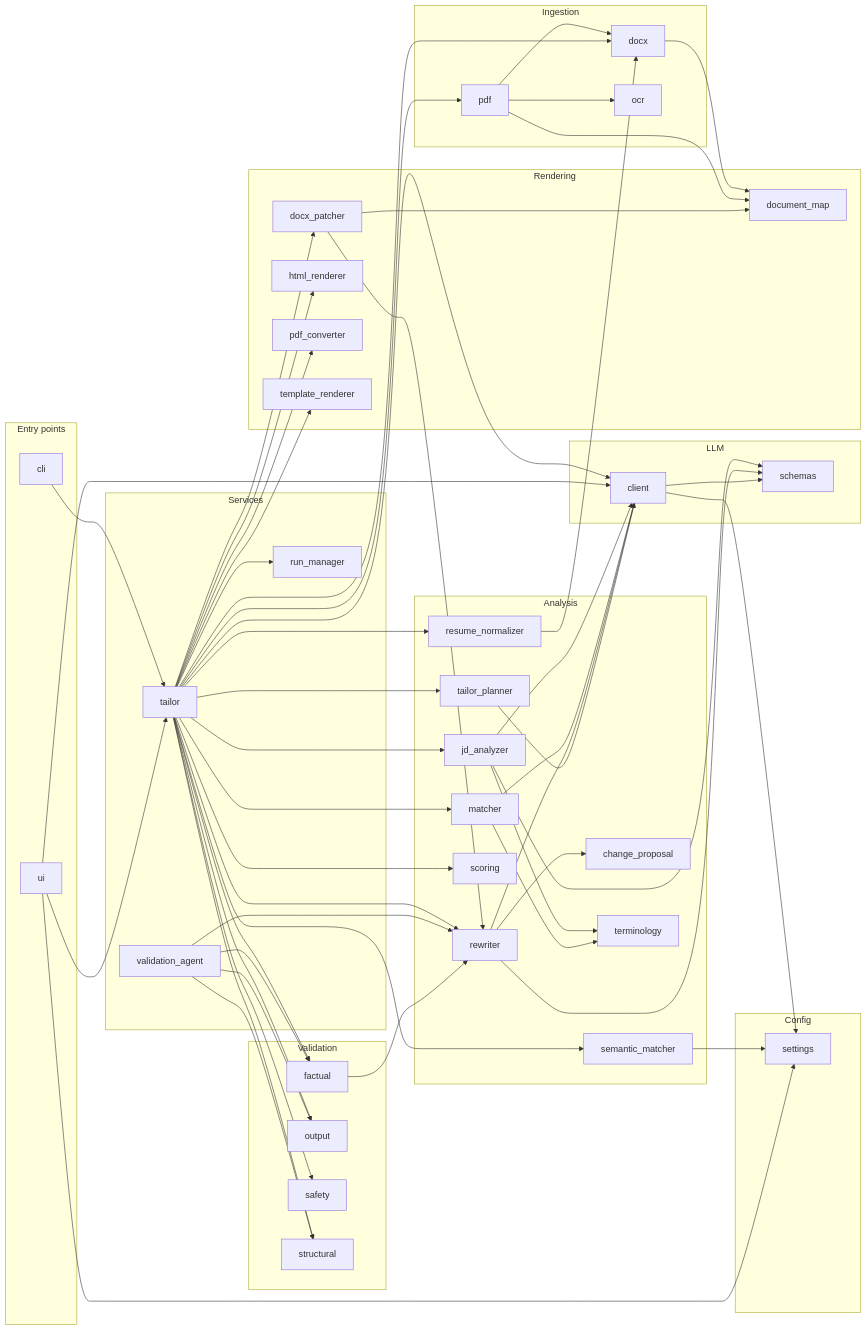
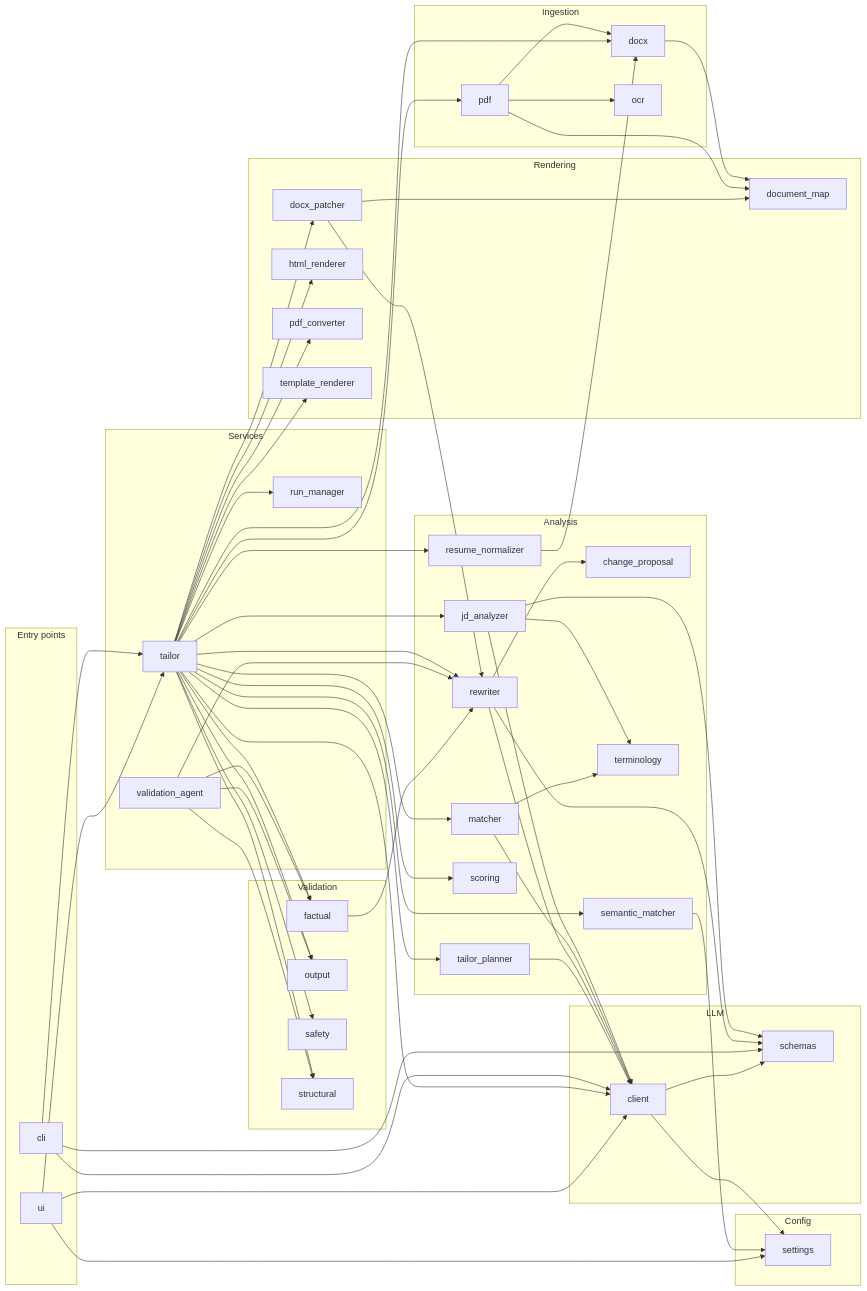
Before and after one commit to alwayss-snape/Resume-optimizer: the diagram in docs/KNOWLEDGE_GRAPH.md, drawn with Mermaid. The commit also changed other lines of this file and 5 other files, not shown here.

```diff
--- a/docs/KNOWLEDGE_GRAPH.md
+++ b/docs/KNOWLEDGE_GRAPH.md
@@ -630,6 +632,8 @@
   analysis_rewriter --> llm_schemas
   analysis_semantic_matcher --> config_settings
   analysis_tailor_planner --> llm_client
+  cli --> llm_client
+  cli --> llm_schemas
   cli --> services_tailor
   ingestion_docx --> rendering_document_map
   ingestion_pdf --> ingestion_docx
```
